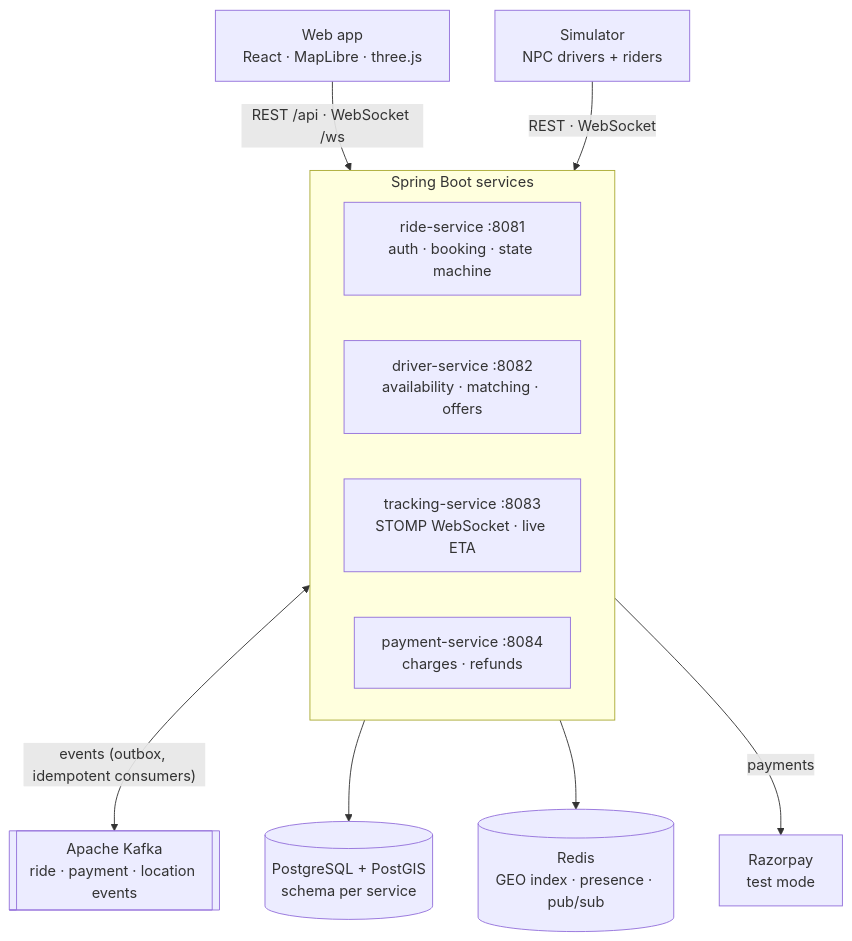
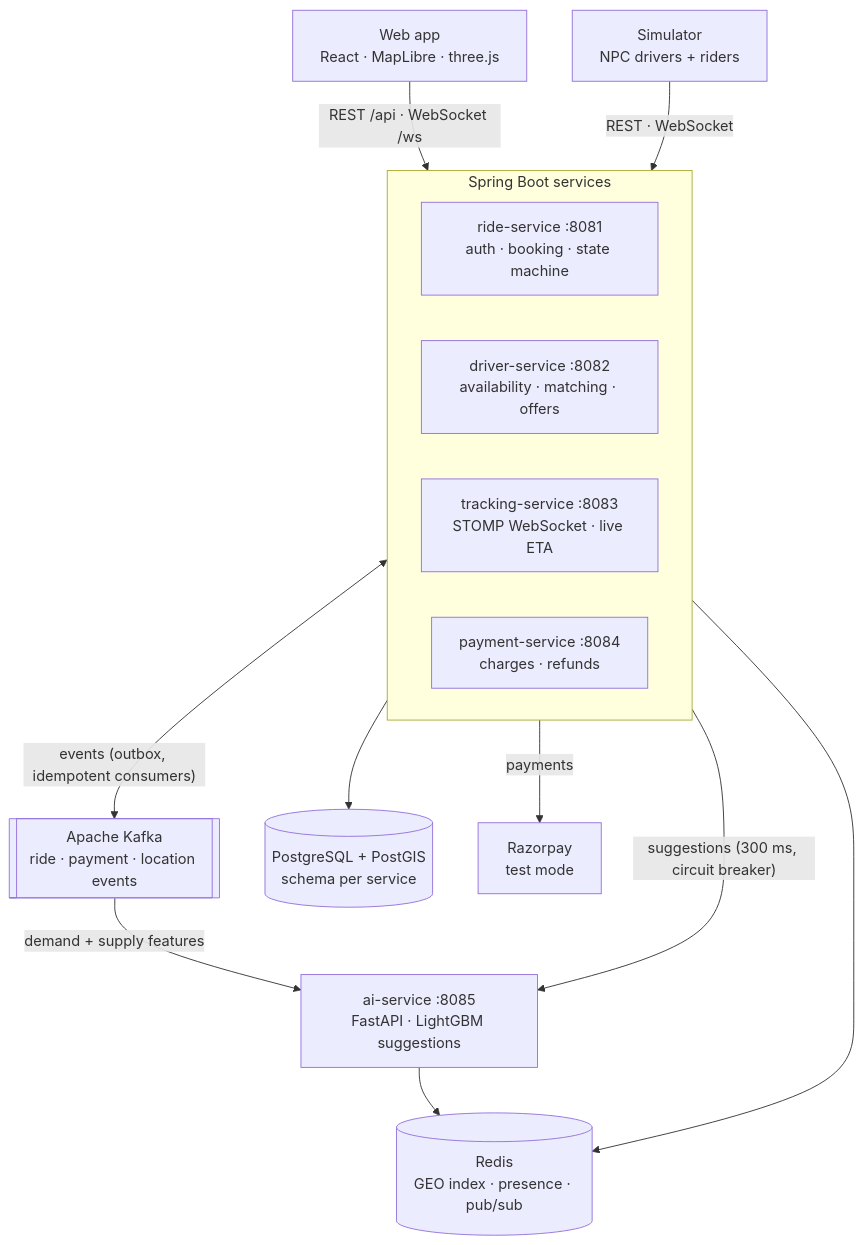
The diagram in README.md (Boovesh985/rydex), drawn with Mermaid before and after one commit. The commit also changed other lines of this file and 4 other files, not shown here.

````diff
--- a/README.md
+++ b/README.md
@@ -69,25 +78,29 @@
 ```mermaid
 flowchart TB
     web["Web app<br/>React · MapLibre · three.js"]
     sim["Simulator<br/>NPC drivers + riders"]
+    ai["ai-service :8085<br/>FastAPI · LightGBM suggestions"]
 
     subgraph services["Spring Boot services"]
         direction LR
         ride["ride-service :8081<br/>auth · booking · state machine"]
         driver["driver-service :8082<br/>availability · matching · offers"]
         tracking["tracking-service :8083<br/>STOMP WebSocket · live ETA"]
         payment["payment-service :8084<br/>charges · refunds"]
     end
 
     kafka[["Apache Kafka<br/>ride · payment · location events"]]
     pg[("PostgreSQL + PostGIS<br/>schema per service")]
     redis[("Redis<br/>GEO index · presence · pub/sub")]
     rzp["Razorpay<br/>test mode"]
 
     web -- "REST /api · WebSocket /ws" --> services
     sim -- "REST · WebSocket" --> services
     services <-- "events (outbox, idempotent consumers)" --> kafka
     services --> pg
     services --> redis
     services -- "payments" --> rzp
+    services -- "suggestions (300 ms, circuit breaker)" --> ai
+    kafka -- "demand + supply features" --> ai
+    ai --> redis
 ```
````
